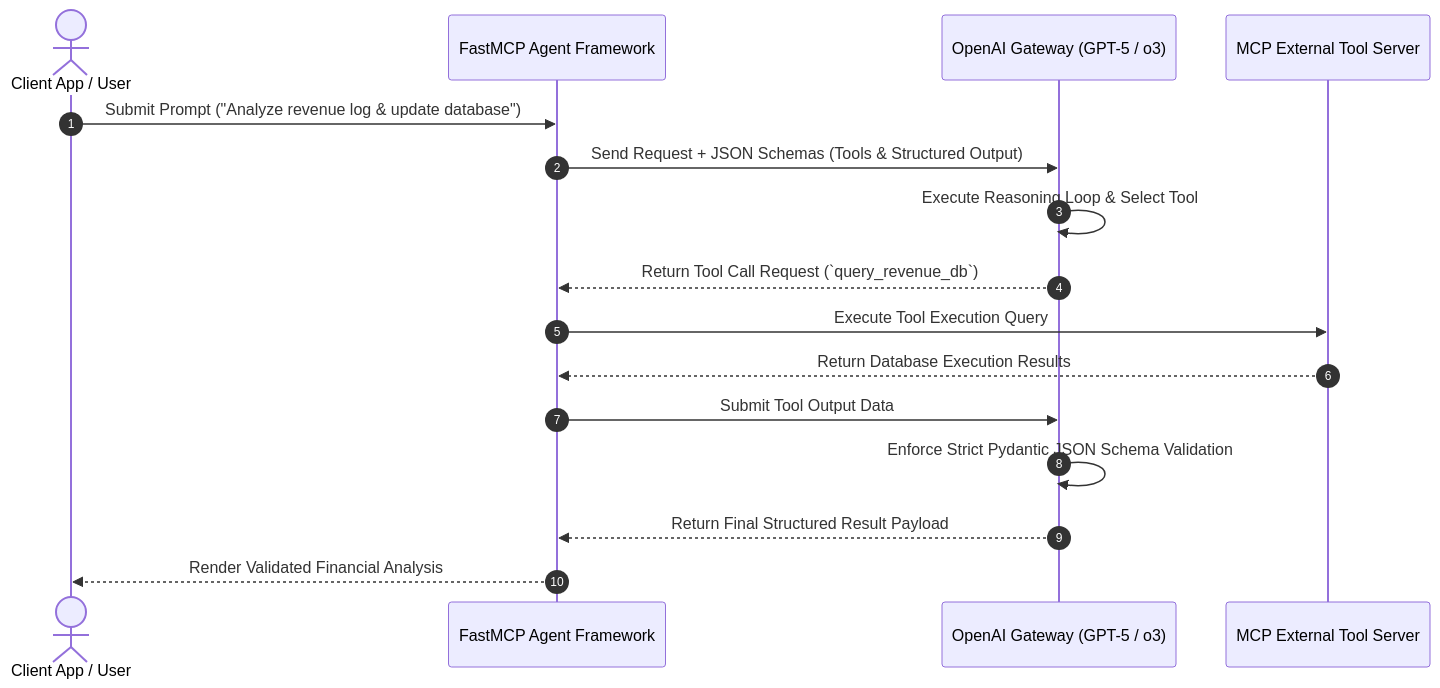
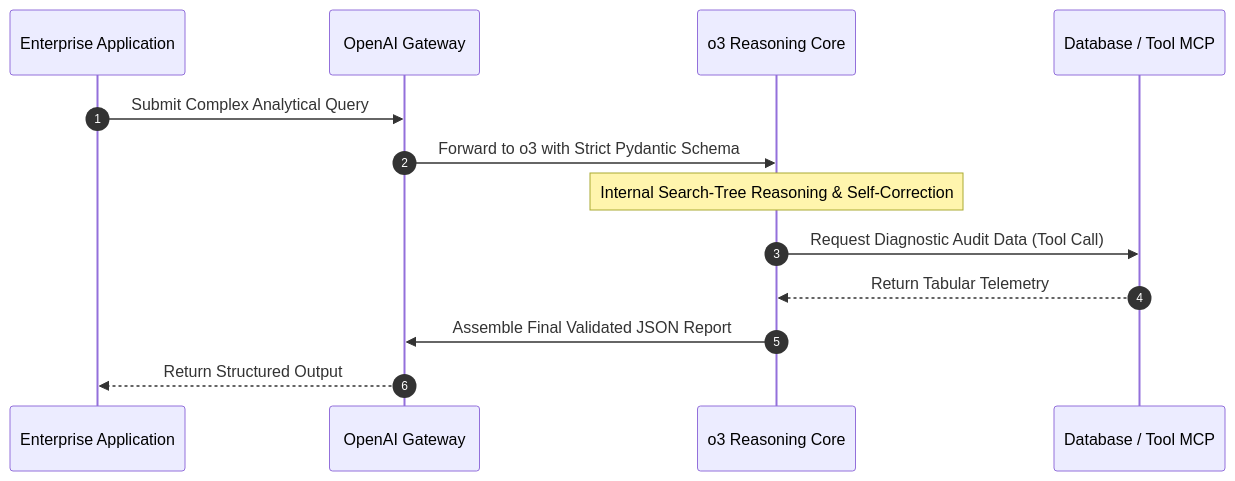
One commit to joanmarcriera/Home-office-automations changed the third of 3 diagrams in docs/tools/ai_knowledge/openai.md. Above: the diagram before and after it, drawn with Mermaid. The commit also changed other lines of this file and 5 other files, not shown here.

````diff
--- a/docs/tools/ai_knowledge/openai.md
+++ b/docs/tools/ai_knowledge/openai.md
@@ -48,19 +131,16 @@
 ```mermaid
 sequenceDiagram
     autonumber
-    actor Client as Client App / User
-    participant Agent as FastMCP Agent Framework
-    participant API as OpenAI Gateway (GPT-5 / o3)
-    participant Tool as MCP External Tool Server
+    participant App as Enterprise Application
+    participant Gateway as OpenAI Gateway
+    participant o3 as o3 Reasoning Core
+    participant Tool as Database / Tool MCP
 
-    Client->>Agent: Submit Prompt ("Analyze revenue log & update database")
-    Agent->>API: Send Request + JSON Schemas (Tools & Structured Output)
-    API->>API: Execute Reasoning Loop & Select Tool
-    API-->>Agent: Return Tool Call Request (`query_revenue_db`)
-    Agent->>Tool: Execute Tool Execution Query
-    Tool-->>Agent: Return Database Execution Results
-    Agent->>API: Submit Tool Output Data
-    API->>API: Enforce Strict Pydantic JSON Schema Validation
-    API-->>Agent: Return Final Structured Result Payload
-    Agent-->>Client: Render Validated Financial Analysis
+    App->>Gateway: Submit Complex Analytical Query
+    Gateway->>o3: Forward to o3 with Strict Pydantic Schema
+    Note over o3: Internal Search-Tree Reasoning & Self-Correction
+    o3->>Tool: Request Diagnostic Audit Data (Tool Call)
+    Tool-->>o3: Return Tabular Telemetry
+    o3->>Gateway: Assemble Final Validated JSON Report
+    Gateway-->>App: Return Structured Output
 ```
````
